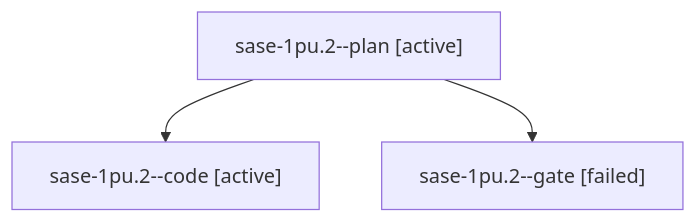
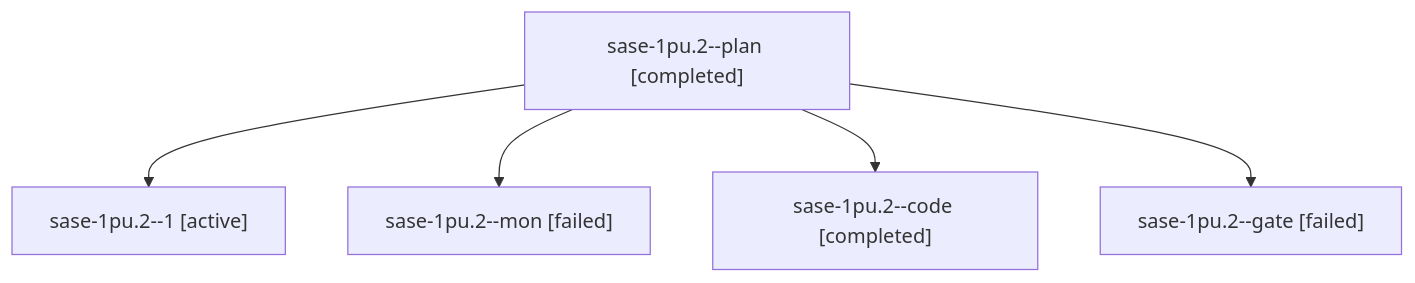
The diagram in sessions/bbugyi200.athena.sase-1pu.2.md (sase-org/sase--agents), drawn with Mermaid before and after one commit. The commit also changed other lines of this file and 55 other files, not shown here.

````diff
--- a/sessions/bbugyi200.athena.sase-1pu.2.md
+++ b/sessions/bbugyi200.athena.sase-1pu.2.md
@@ -9,8 +9,12 @@
 ```mermaid
 flowchart TD
-  n0["sase-1pu.2--plan [active]"]
-  n1["sase-1pu.2--code [active]"]
+  n0["sase-1pu.2--plan [completed]"]
+  n1["sase-1pu.2--1 [active]"]
   n0 --> n1
-  n2["sase-1pu.2--gate [failed]"]
+  n2["sase-1pu.2--mon [failed]"]
   n0 --> n2
+  n3["sase-1pu.2--code [completed]"]
+  n0 --> n3
+  n4["sase-1pu.2--gate [failed]"]
+  n0 --> n4
 ```
````
